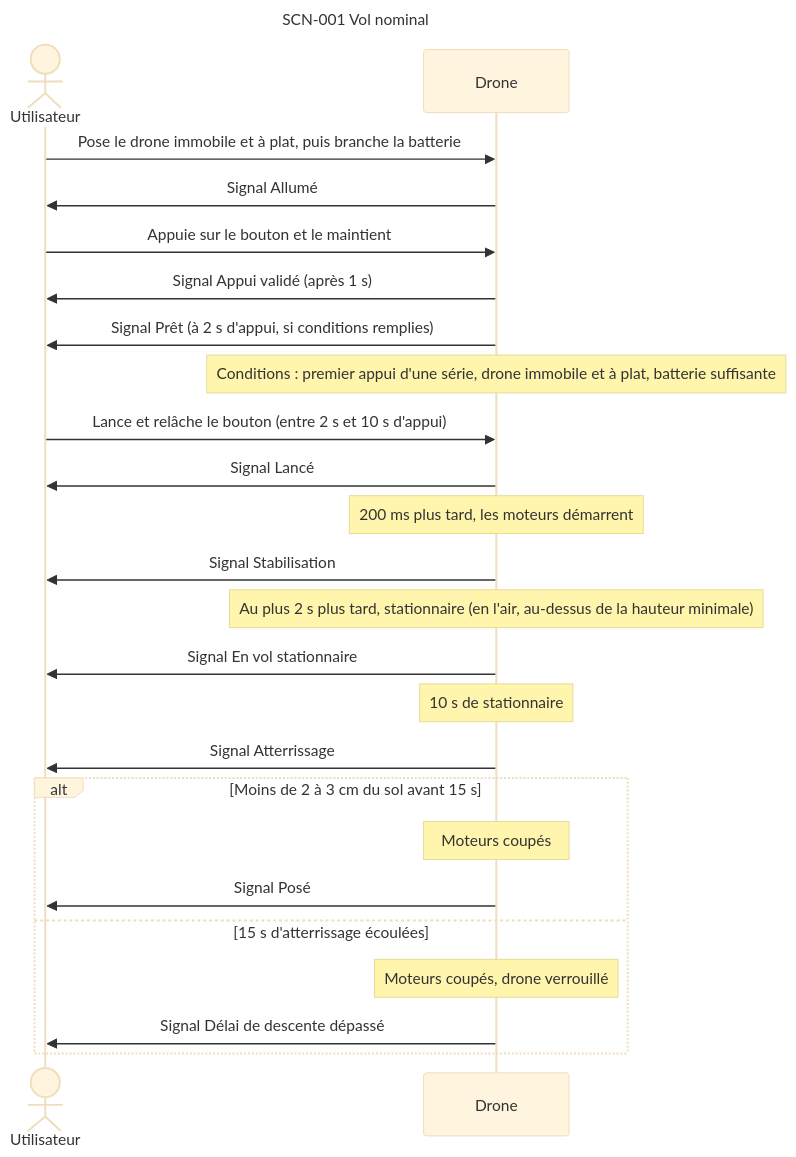
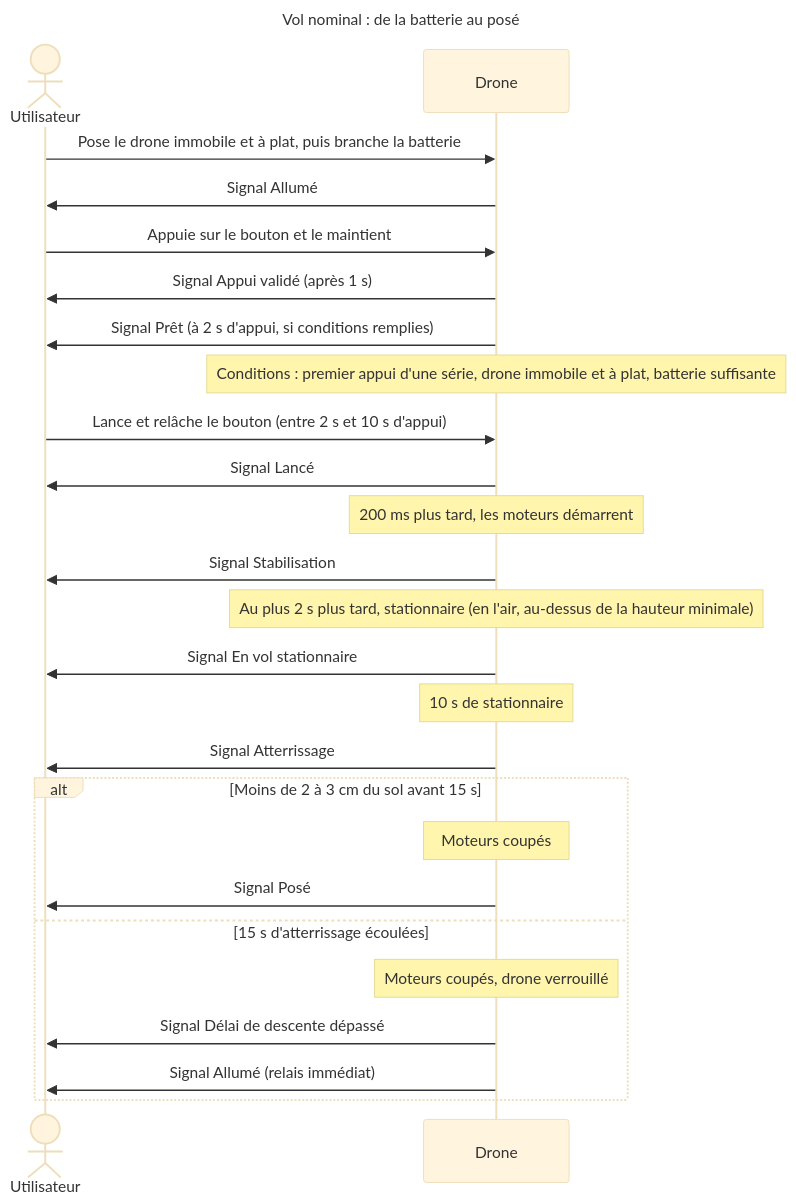
The fifth of 15 diagrams in projets/boomrone/00-scenarios.md (thourymatthieu-png/coworker_archi_system), drawn with Mermaid (base theme) before and after one commit. The commit also changed other lines of this file and 6 other files, not shown here.

````diff
--- a/projets/boomrone/00-scenarios.md
+++ b/projets/boomrone/00-scenarios.md
@@ -322,29 +355,30 @@
 ```mermaid
 ---
-title: "SCN-001 Vol nominal"
+title: "Vol nominal : de la batterie au posé"
 ---
 sequenceDiagram
     actor U as Utilisateur
     participant D as Drone
     U->>D: Pose le drone immobile et à plat, puis branche la batterie
     D->>U: Signal Allumé
     U->>D: Appuie sur le bouton et le maintient
     D->>U: Signal Appui validé (après 1 s)
     D->>U: Signal Prêt (à 2 s d'appui, si conditions remplies)
     Note over D: Conditions : premier appui d'une série, drone immobile et à plat, batterie suffisante
     U->>D: Lance et relâche le bouton (entre 2 s et 10 s d'appui)
     D->>U: Signal Lancé
     Note over D: 200 ms plus tard, les moteurs démarrent
     D->>U: Signal Stabilisation
     Note over D: Au plus 2 s plus tard, stationnaire (en l'air, au-dessus de la hauteur minimale)
     D->>U: Signal En vol stationnaire
     Note over D: 10 s de stationnaire
     D->>U: Signal Atterrissage
     alt Moins de 2 à 3 cm du sol avant 15 s
         Note over D: Moteurs coupés
         D->>U: Signal Posé
     else 15 s d'atterrissage écoulées
         Note over D: Moteurs coupés, drone verrouillé
         D->>U: Signal Délai de descente dépassé
+        D->>U: Signal Allumé (relais immédiat)
     end
 ```
````
